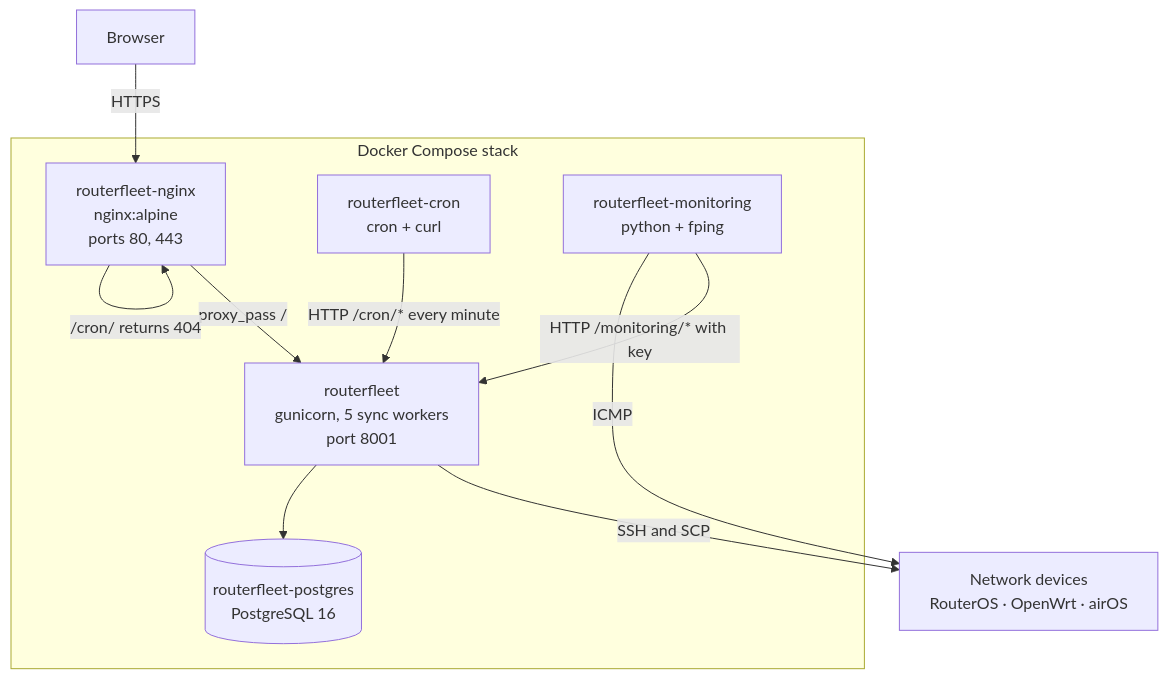
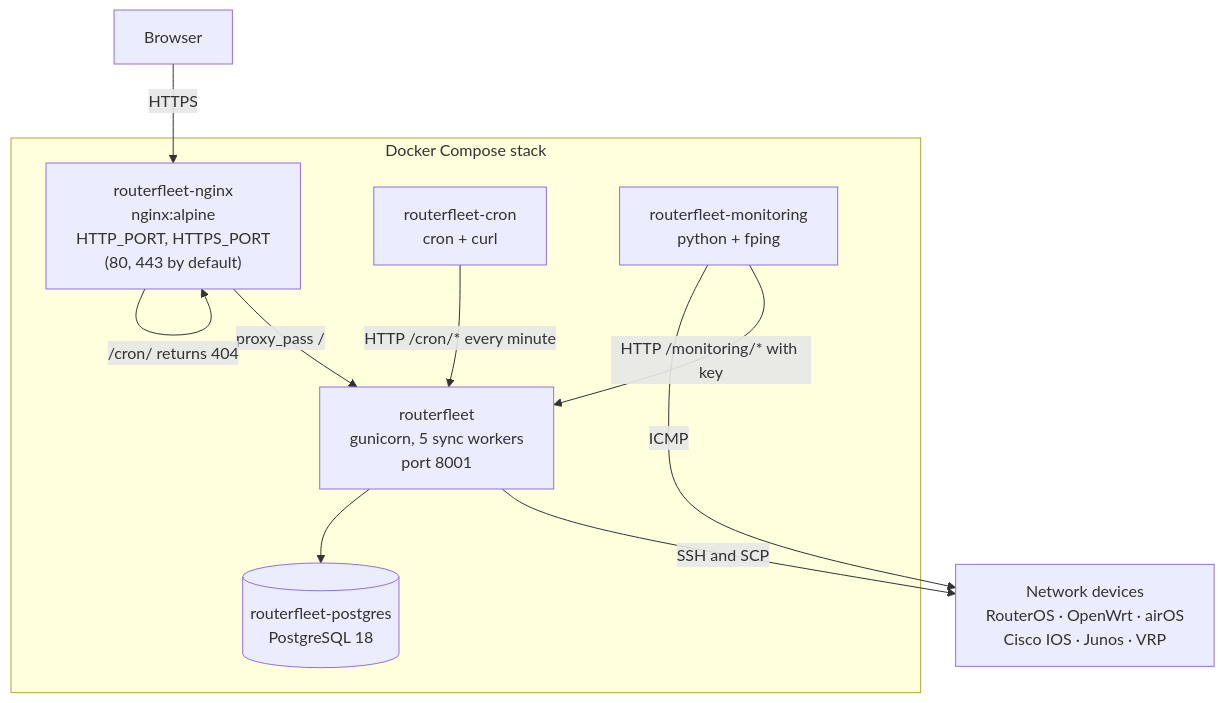
One commit to alessiobravi/routerfleet_improved changed the first of 4 diagrams in docs/architecture.md. Above: the diagram before and after it, drawn with Mermaid. The commit also changed 178 other files, not shown here.

First line of the commit message:
0.24.0: PostgreSQL 18, AdminLTE 4 / Bootstrap 5.3 without jQuery, strict Content-Security-Policy, configurable ports

````diff
--- a/docs/architecture.md
+++ b/docs/architecture.md
@@ -6,23 +6,23 @@
 ```mermaid
 flowchart TB
     browser["Browser"]
-    devices["Network devices<br/>RouterOS · OpenWrt · airOS"]
+    devices["Network devices<br/>RouterOS · OpenWrt · airOS<br/>Cisco IOS · Junos · VRP"]
 
     subgraph stack["Docker Compose stack"]
-        nginx["routerfleet-nginx<br/>nginx:alpine<br/>ports 80, 443"]
+        nginx["routerfleet-nginx<br/>nginx:alpine<br/>HTTP_PORT, HTTPS_PORT<br/>(80, 443 by default)"]
         app["routerfleet<br/>gunicorn, 5 sync workers<br/>port 8001"]
         cron["routerfleet-cron<br/>cron + curl"]
         mon["routerfleet-monitoring<br/>python + fping"]
-        db[("routerfleet-postgres<br/>PostgreSQL 16")]
+        db[("routerfleet-postgres<br/>PostgreSQL 18")]
     end
 
     browser -->|HTTPS| nginx
     nginx -->|"proxy_pass /"| app
     nginx -->|"/static/ from volume"| nginx
     nginx -->|"/cron/ returns 404"| nginx
     cron -->|"HTTP /cron/* every minute"| app
     mon -->|"HTTP /monitoring/* with key"| app
     mon -->|ICMP| devices
     app -->|"SSH and SCP"| devices
     app --> db
 ```
````
